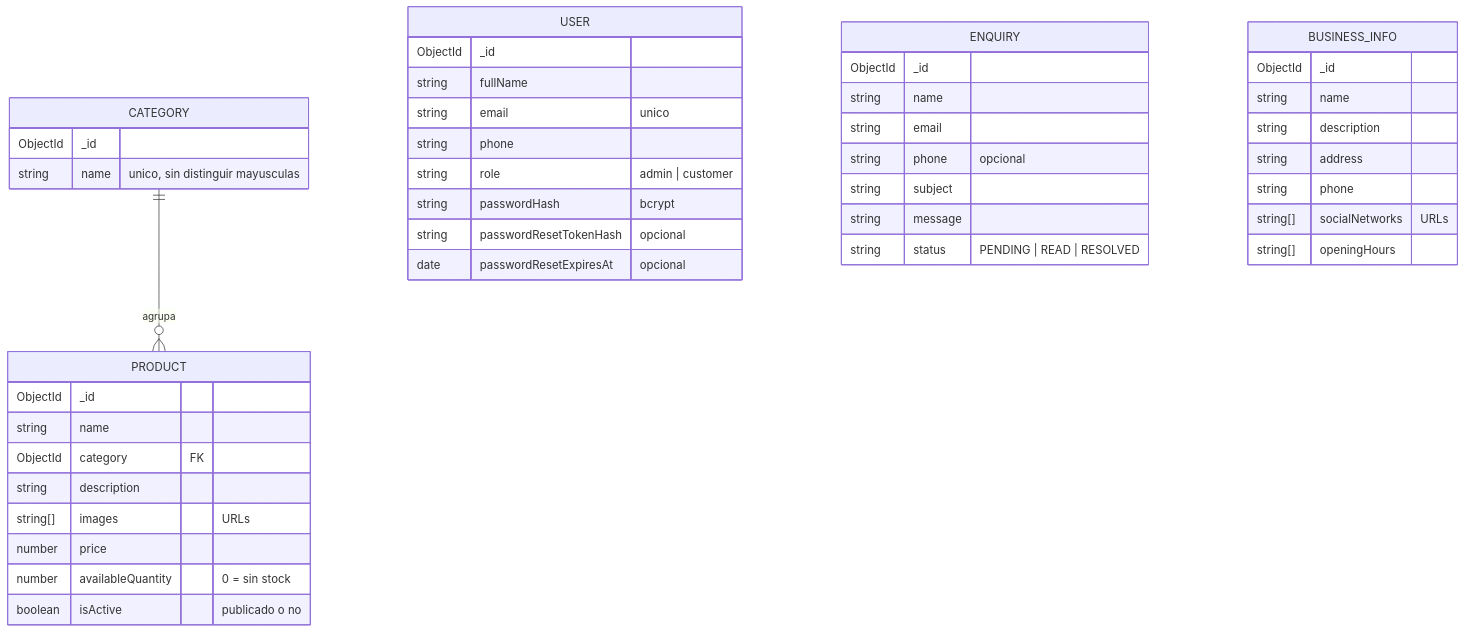
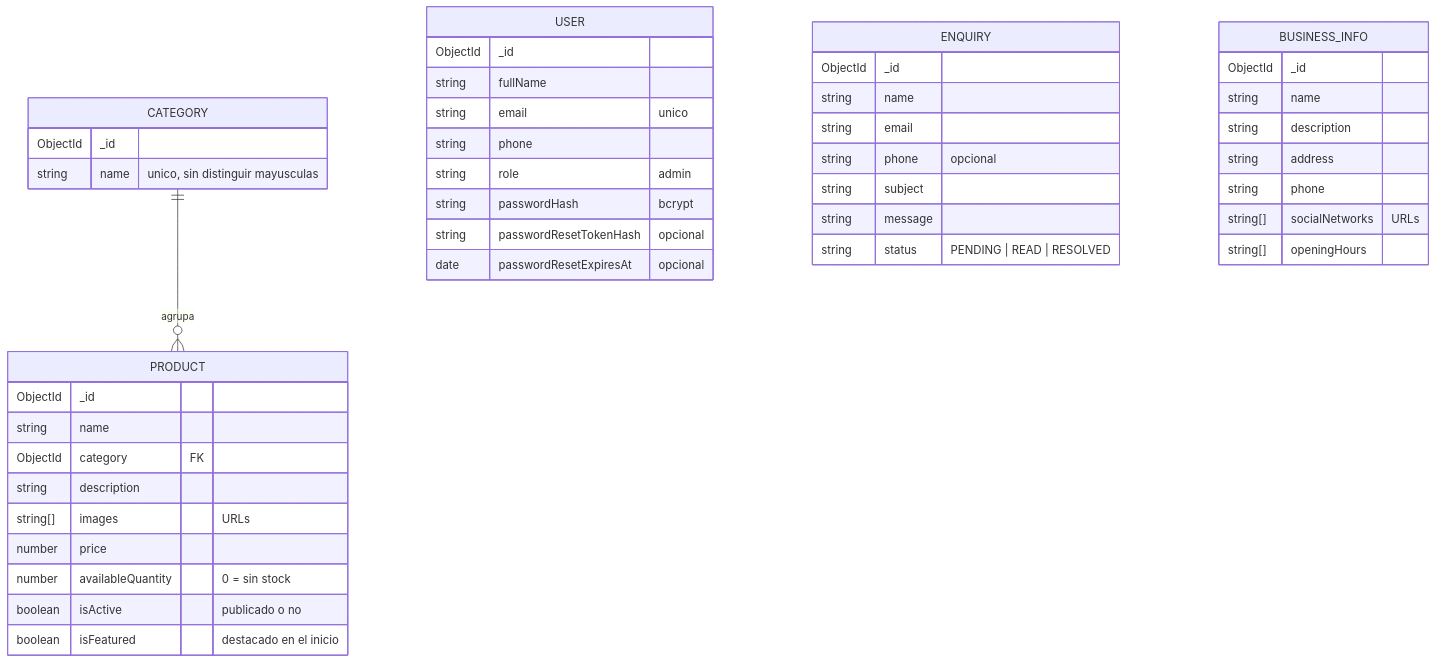
The diagram in docs/modelo-de-datos.md (FranciscoMessina/tp-aplicaciones-interactivas), drawn with Mermaid before and after one commit. The commit also changed other lines of this file and 8 other files, not shown here.

````diff
--- a/docs/modelo-de-datos.md
+++ b/docs/modelo-de-datos.md
@@ -7,46 +7,47 @@
 ```mermaid
 erDiagram
     CATEGORY ||--o{ PRODUCT : "agrupa"
     CATEGORY {
         ObjectId _id
         string name "unico, sin distinguir mayusculas"
     }
     PRODUCT {
         ObjectId _id
         string name
         ObjectId category FK
         string description
         string[] images "URLs"
         number price
         number availableQuantity "0 = sin stock"
         boolean isActive "publicado o no"
+        boolean isFeatured "destacado en el inicio"
     }
     USER {
         ObjectId _id
         string fullName
         string email "unico"
         string phone
-        string role "admin | customer"
+        string role "admin"
         string passwordHash "bcrypt"
         string passwordResetTokenHash "opcional"
         date passwordResetExpiresAt "opcional"
     }
     ENQUIRY {
         ObjectId _id
         string name
         string email
         string phone "opcional"
         string subject
         string message
         string status "PENDING | READ | RESOLVED"
     }
     BUSINESS_INFO {
         ObjectId _id
         string name
         string description
         string address
         string phone
         string[] socialNetworks "URLs"
         string[] openingHours
     }
 ```
````
